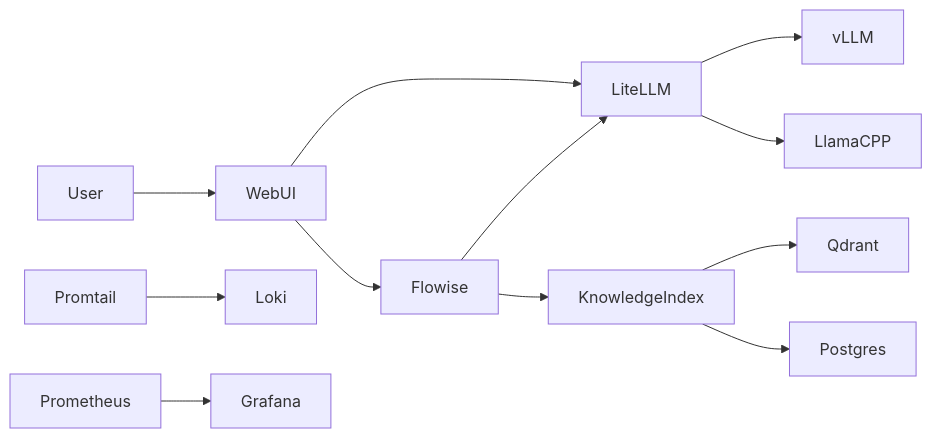
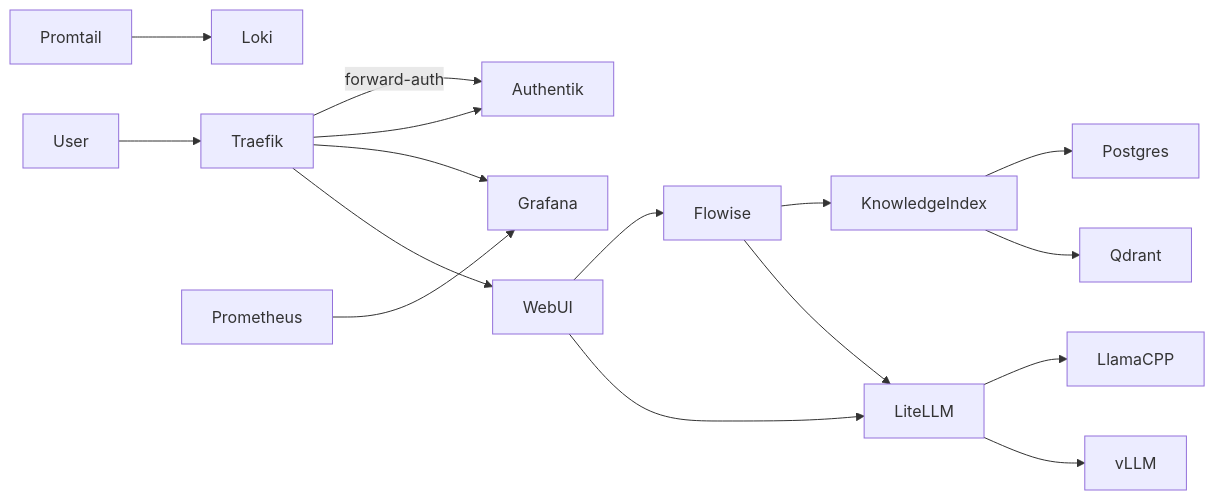
Before and after one commit to digital-michael/local-lab-ai-stack: the first of 3 diagrams in docs/ai_stack_blueprint/ai_stack_architecture.md, drawn with Mermaid. The commit also changed other lines of this file and 2 other files, not shown here.

````diff
--- a/docs/ai_stack_blueprint/ai_stack_architecture.md
+++ b/docs/ai_stack_blueprint/ai_stack_architecture.md
@@ -66,18 +67,24 @@
 ```mermaid
 flowchart LR
 
-User --> WebUI
+User --> Traefik
+Traefik --> WebUI
+Traefik --> Grafana
+Traefik --> Authentik
+
+Traefik -- forward-auth --> Authentik
+
 WebUI --> LiteLLM
 LiteLLM --> vLLM
 LiteLLM --> LlamaCPP
 
 WebUI --> Flowise
 Flowise --> LiteLLM
 Flowise --> KnowledgeIndex
 
 KnowledgeIndex --> Qdrant
 KnowledgeIndex --> Postgres
 
 Promtail --> Loki
 Prometheus --> Grafana
 ```
````
